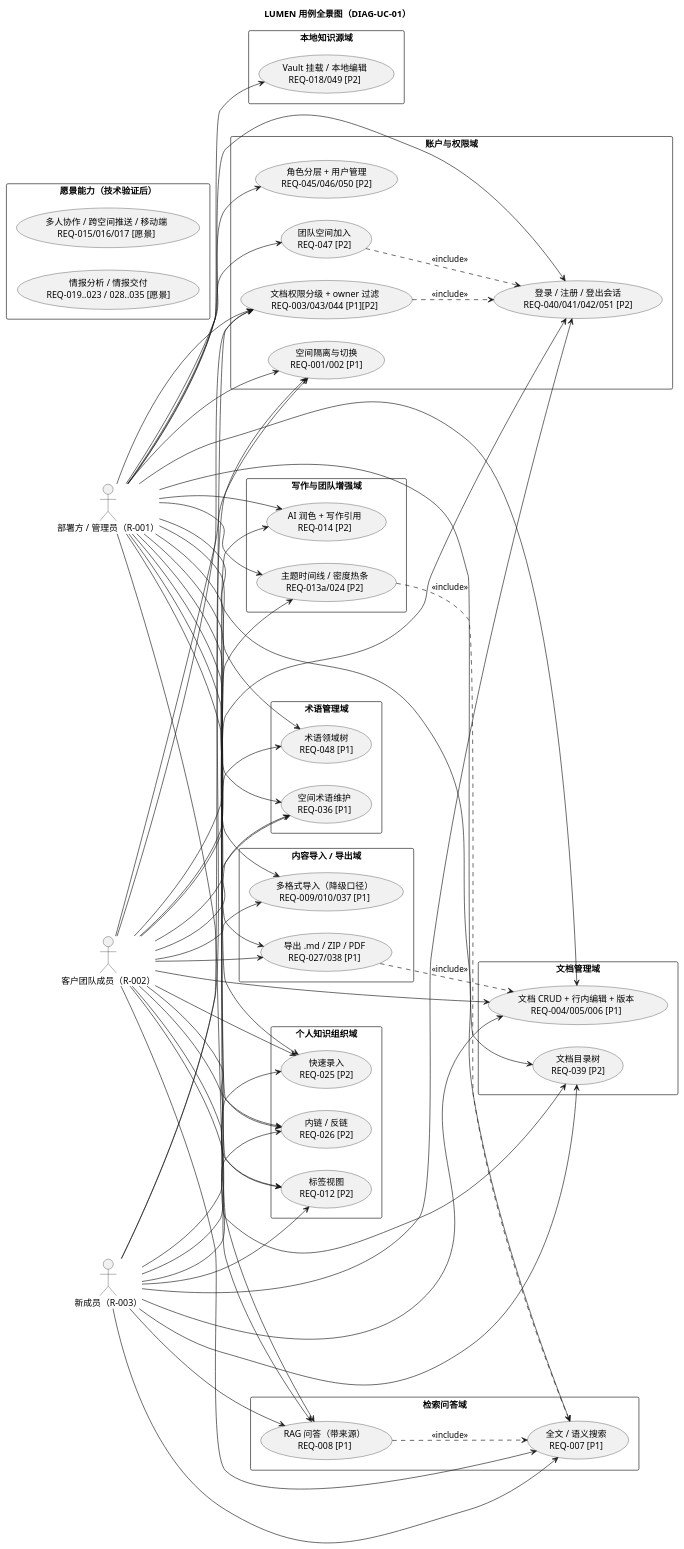
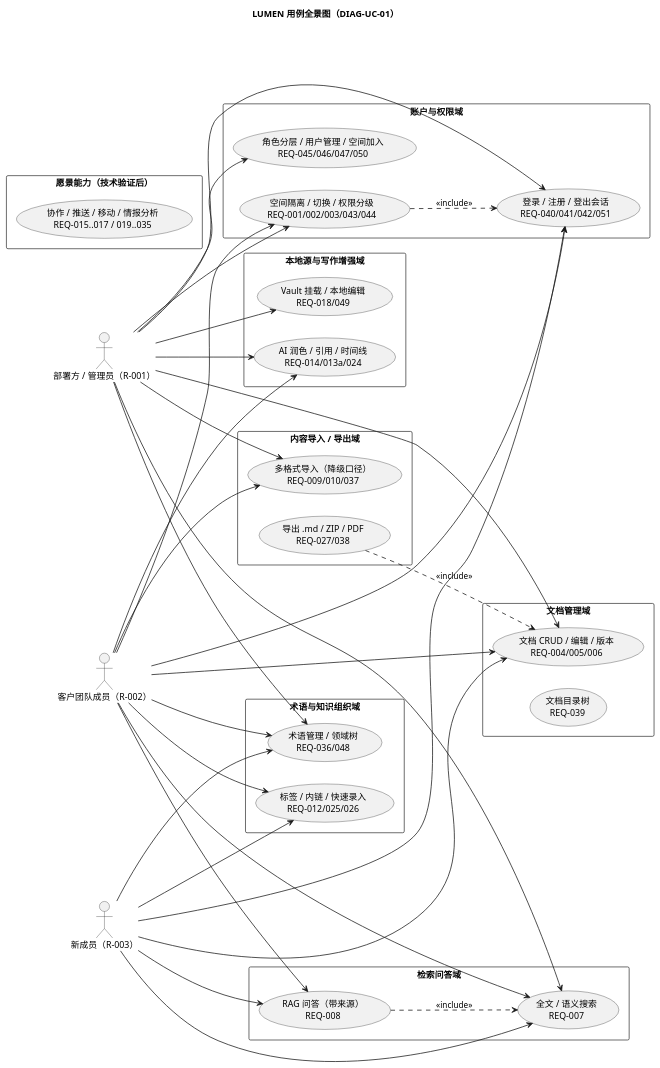
One commit to emily8421/LUMEN-DEMO changed the diagram in docs/00-scenario.md. Above: the diagram before and after it, drawn with PlantUML. The commit also changed other lines of this file, not shown here.

Commit message:
docs(usecase-diagram-tidy): 用例全景图精简为域入口视图（7域15用例） (#191)
DIAG-UC-01 优化：域合并 9→7、用例 20→15、actor 边 46→24、加布局参数；阶段标签移图内指向 03 §3

````diff
--- a/docs/00-scenario.md
+++ b/docs/00-scenario.md
@@ -102,114 +102,72 @@
 @startuml
 left to right direction
 title LUMEN 用例全景图（DIAG-UC-01）
+skinparam defaultFontName "Microsoft YaHei"
+skinparam nodeFontSize 12
+skinparam ArrowThickness 1.2
 
 actor "部署方 / 管理员（R-001）" as R1
 actor "客户团队成员（R-002）" as R2
 actor "新成员（R-003）" as R3
 
 rectangle "账户与权限域" {
-  usecase "登录 / 注册 / 登出会话\nREQ-040/041/042/051 [P2]" as A1
-  usecase "空间隔离与切换\nREQ-001/002 [P1]" as A2
-  usecase "文档权限分级 + owner 过滤\nREQ-003/043/044 [P1][P2]" as A3
-  usecase "角色分层 + 用户管理\nREQ-045/046/050 [P2]" as A4
-  usecase "团队空间加入\nREQ-047 [P2]" as A5
+  usecase "登录 / 注册 / 登出会话\nREQ-040/041/042/051" as A1
+  usecase "空间隔离 / 切换 / 权限分级\nREQ-001/002/003/043/044" as A2
+  usecase "角色分层 / 用户管理 / 空间加入\nREQ-045/046/047/050" as A3
+}
+rectangle "文档管理域" {
+  usecase "文档 CRUD / 编辑 / 版本\nREQ-004/005/006" as D1
+  usecase "文档目录树\nREQ-039" as D2
+}
+rectangle "检索问答域" {
+  usecase "全文 / 语义搜索\nREQ-007" as RQ1
+  usecase "RAG 问答（带来源）\nREQ-008" as RQ2
+}
+rectangle "内容导入 / 导出域" {
+  usecase "多格式导入（降级口径）\nREQ-009/010/037" as I1
+  usecase "导出 .md / ZIP / PDF\nREQ-027/038" as I2
+}
+rectangle "术语与知识组织域" {
+  usecase "术语管理 / 领域树\nREQ-036/048" as T1
+  usecase "标签 / 内链 / 快速录入\nREQ-012/025/026" as O1
+}
+rectangle "本地源与写作增强域" {
+  usecase "Vault 挂载 / 本地编辑\nREQ-018/049" as V1
+  usecase "AI 润色 / 引用 / 时间线\nREQ-014/013a/024" as W1
+}
+rectangle "愿景能力（技术验证后）" {
+  usecase "协作 / 推送 / 移动 / 情报分析\nREQ-015..017 / 019..035" as VN1
 }
 
-rectangle "文档管理域" {
-  usecase "文档 CRUD + 行内编辑 + 版本\nREQ-004/005/006 [P1]" as D1
-  usecase "文档目录树\nREQ-039 [P2]" as D2
-}
-
-rectangle "检索问答域" {
-  usecase "全文 / 语义搜索\nREQ-007 [P1]" as RQ1
-  usecase "RAG 问答（带来源）\nREQ-008 [P1]" as RQ2
-}
-
-rectangle "内容导入 / 导出域" {
-  usecase "多格式导入（降级口径）\nREQ-009/010/037 [P1]" as I1
-  usecase "导出 .md / ZIP / PDF\nREQ-027/038 [P1]" as I2
-}
-
-rectangle "术语管理域" {
-  usecase "空间术语维护\nREQ-036 [P1]" as T1
-  usecase "术语领域树\nREQ-048 [P1]" as T2
-}
-
-rectangle "个人知识组织域" {
-  usecase "标签视图\nREQ-012 [P2]" as O1
-  usecase "快速录入\nREQ-025 [P2]" as O2
-  usecase "内链 / 反链\nREQ-026 [P2]" as O3
-}
-
-rectangle "本地知识源域" {
-  usecase "Vault 挂载 / 本地编辑\nREQ-018/049 [P2]" as V1
-}
-
-rectangle "写作与团队增强域" {
-  usecase "AI 润色 + 写作引用\nREQ-014 [P2]" as W1
-  usecase "主题时间线 / 密度热条\nREQ-013a/024 [P2]" as W2
-}
-
-rectangle "愿景能力（技术验证后）" {
-  usecase "多人协作 / 跨空间推送 / 移动端\nREQ-015/016/017 [愿景]" as VN1
-  usecase "情报分析 / 情报交付\nREQ-019..023 / 028..035 [愿景]" as VN2
-}
-
-' 参与者关联（完整 actor → 用例映射见 01 §6 / §3.3；愿景域未实现，不连 actor）
+' 参与者关联（每域入口；完整 actor → 用例映射见 01 §6）
 R1 --> A1
 R1 --> A2
 R1 --> A3
-R1 --> A4
-R1 --> A5
 R1 --> D1
-R1 --> D2
 R1 --> RQ1
-R1 --> RQ2
 R1 --> I1
-R1 --> I2
 R1 --> T1
-R1 --> T2
-R1 --> O1
-R1 --> O2
-R1 --> O3
 R1 --> V1
 R1 --> W1
-R1 --> W2
-
 R2 --> A1
 R2 --> A2
-R2 --> A3
 R2 --> D1
-R2 --> D2
 R2 --> RQ1
 R2 --> RQ2
 R2 --> I1
-R2 --> I2
 R2 --> T1
-R2 --> T2
 R2 --> O1
-R2 --> O2
-R2 --> O3
 R2 --> W1
-R2 --> W2
-
 R3 --> A1
-R3 --> A2
-R3 --> A3
 R3 --> D1
-R3 --> D2
 R3 --> RQ1
 R3 --> RQ2
 R3 --> T1
 R3 --> O1
-R3 --> O2
-R3 --> O3
 
-' 关系（<<include>> 语义）
+' 关系（<<include>>）
 RQ2 ..> RQ1 : <<include>>
-A5 ..> A1 : <<include>>
+A2 ..> A1 : <<include>>
 I2 ..> D1 : <<include>>
-W2 ..> RQ1 : <<include>>
-A3 ..> A1 : <<include>>
 @enduml
 ```
````
